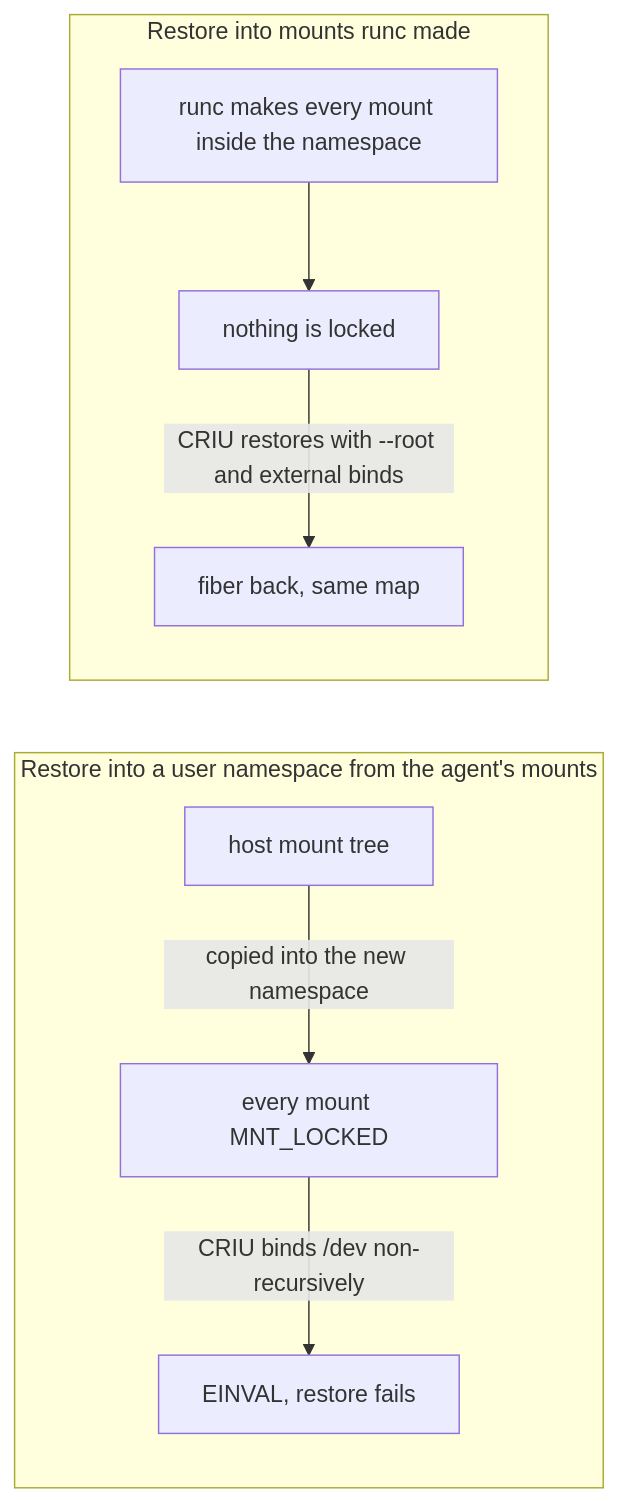
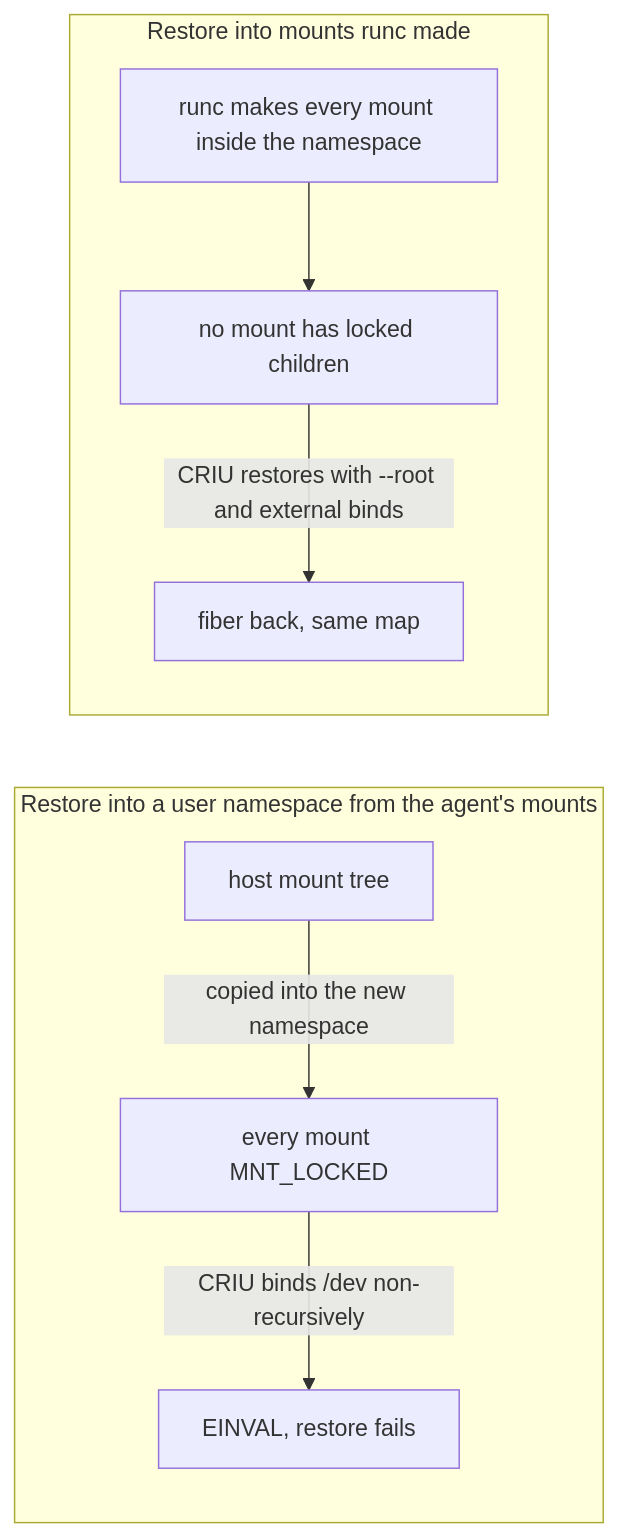
The first of 2 diagrams in docs/design/user-namespaces.md (helayoty/fiberd), drawn with Mermaid before and after one commit. The commit also changed other lines of this file and 92 other files, not shown here.

````diff
--- a/docs/design/user-namespaces.md
+++ b/docs/design/user-namespaces.md
@@ -11,11 +11,11 @@
 ```mermaid
 flowchart LR
   subgraph A["Restore into a user namespace from the agent's mounts"]
     H[host mount tree] -->|copied into the new namespace| L[every mount MNT_LOCKED]
     L -->|"CRIU binds /dev non-recursively"| E["EINVAL, restore fails"]
   end
   subgraph B["Restore into mounts runc made"]
-    R[runc makes every mount inside the namespace] --> N[nothing is locked]
+    R[runc makes every mount inside the namespace] --> N[no mount has locked children]
     N -->|"CRIU restores with --root and external binds"| OK["fiber back, same map"]
   end
 ```
````
